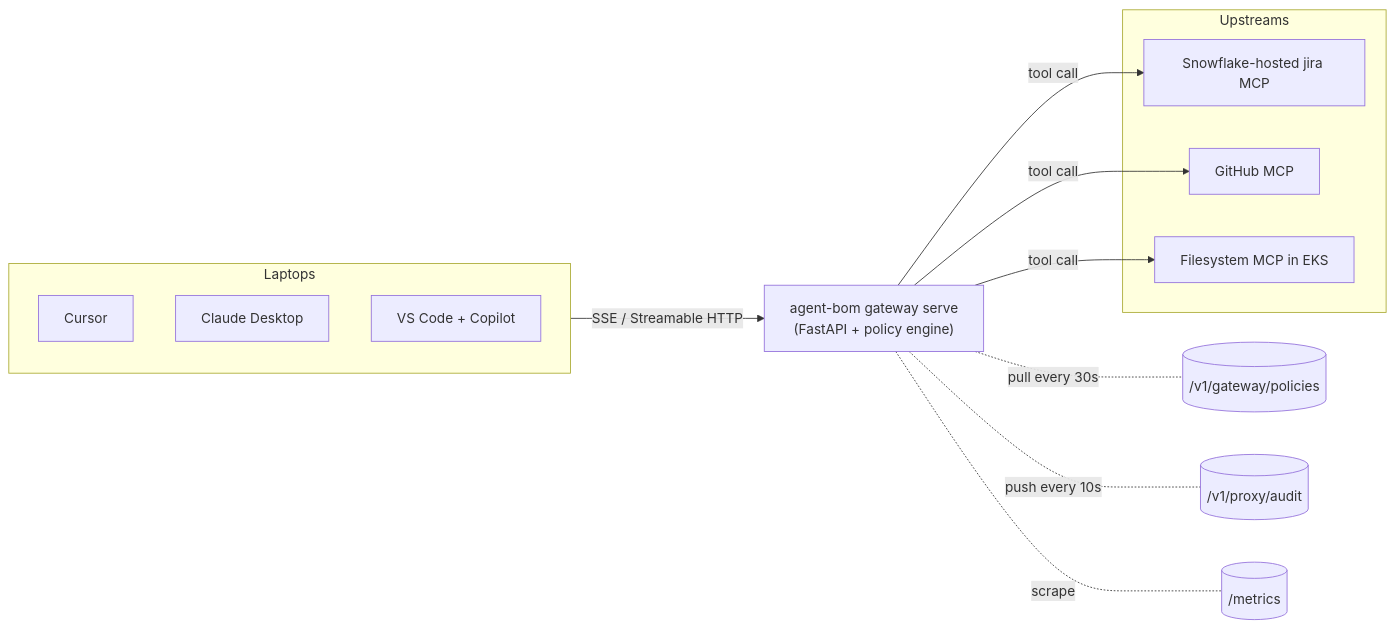
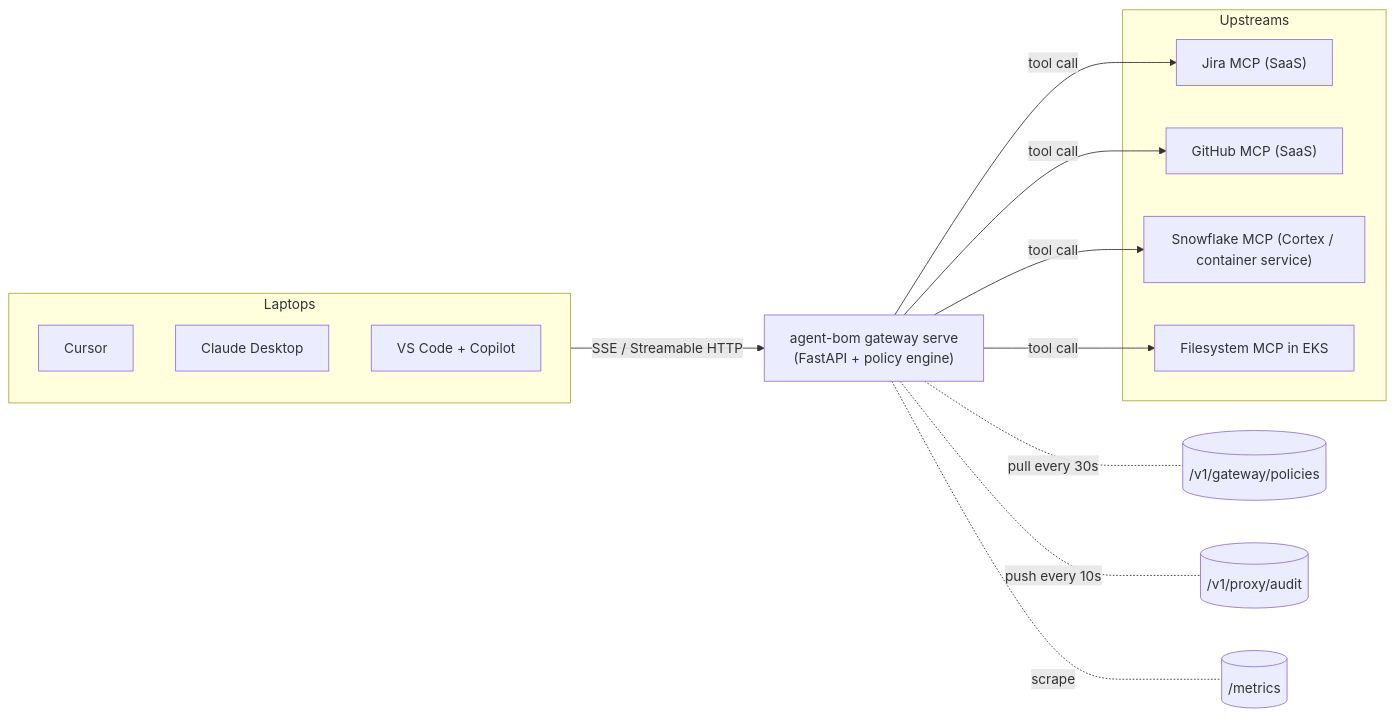
One commit to msaad00/agent-bom changed the diagram in docs/design/MULTI_MCP_GATEWAY.md. Above: the diagram before and after it, drawn with Mermaid. The commit also changed other lines of this file and 10 other files, not shown here.

````diff
--- a/docs/design/MULTI_MCP_GATEWAY.md
+++ b/docs/design/MULTI_MCP_GATEWAY.md
@@ -78,25 +84,27 @@
 ```mermaid
 flowchart LR
   subgraph Laptops
     cursor[Cursor]
     claude[Claude Desktop]
     vscode[VS Code + Copilot]
   end
   gw["agent-bom gateway serve<br/>(FastAPI + policy engine)"]
   policy[("/v1/gateway/policies")]
   audit[("/v1/proxy/audit")]
   metrics[("/metrics")]
   subgraph Upstreams
-    jira["Snowflake-hosted jira MCP"]
-    gh["GitHub MCP"]
+    jira["Jira MCP (SaaS)"]
+    gh["GitHub MCP (SaaS)"]
+    snow["Snowflake MCP (Cortex / container service)"]
     fs["Filesystem MCP in EKS"]
   end
 
   Laptops -- SSE / Streamable HTTP --> gw
   gw -. pull every 30s .- policy
   gw -. push every 10s .- audit
   gw -. scrape .- metrics
   gw -->|tool call| jira
   gw -->|tool call| gh
+  gw -->|tool call| snow
   gw -->|tool call| fs
 ```
````
